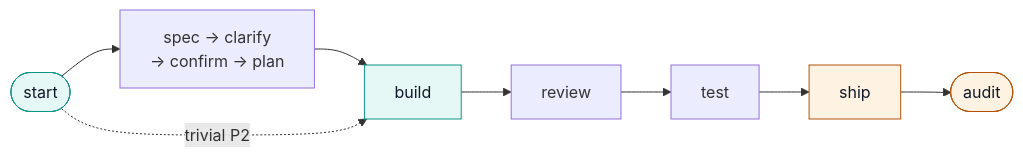
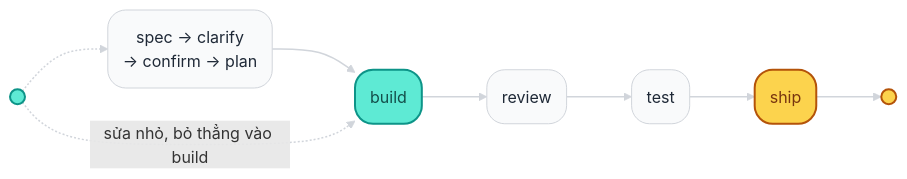
The diagram in README.vi.md (ninhlee99/dev-workflow), drawn with Mermaid before and after one commit. The commit also changed 2 other files, not shown here.

Commit message:
docs: soften README flow diagram styling, clarify trivial-branch label
Rounded pill nodes, curved links, wider spacing, and a teal/amber
palette instead of the flat default flowchart look. Renamed the
"trivial P2" branch label to "small fix, skip straight to build" (and
localized equivalents) so it reads without needing to know the P2
risk-tier shorthand.

Claude-Session: https://claude.ai/code/session_01WpMD6YmGymMifFkcK7ehBs

````diff
--- a/README.vi.md
+++ b/README.vi.md
@@ -48,10 +48,11 @@
 ```mermaid
+%%{init: {"flowchart": {"curve": "basis", "nodeSpacing": 45, "rankSpacing": 65}}}%%
 flowchart LR
-    start(["start"]) --> spec["spec → clarify\n→ confirm → plan"] --> build --> review --> test --> ship --> audit(["audit"])
-    start -.trivial P2.-> build
+    start((" ")):::fast -.-> spec("spec → clarify\n→ confirm → plan"):::default --> build("build"):::fast --> review("review"):::default --> test("test"):::default --> ship("ship"):::gate --> audit((" ")):::gate
+    start -. sửa nhỏ, bỏ thẳng vào build .-> build
 
-    classDef fast fill:#e6f8f5,stroke:#0d9488,color:#0f172a;
-    classDef gate fill:#fef3e2,stroke:#b45309,color:#0f172a;
-    class start,build fast
-    class ship,audit gate
+    classDef default fill:#f9fafb,stroke:#d1d5db,stroke-width:1px,color:#1f2937,rx:18,ry:18;
+    classDef fast fill:#5eead4,stroke:#0d9488,stroke-width:2px,color:#134e4a;
+    classDef gate fill:#fcd34d,stroke:#b45309,stroke-width:2px,color:#78350f;
+    linkStyle default stroke:#d1d5db,stroke-width:1.5px
 ```
````
